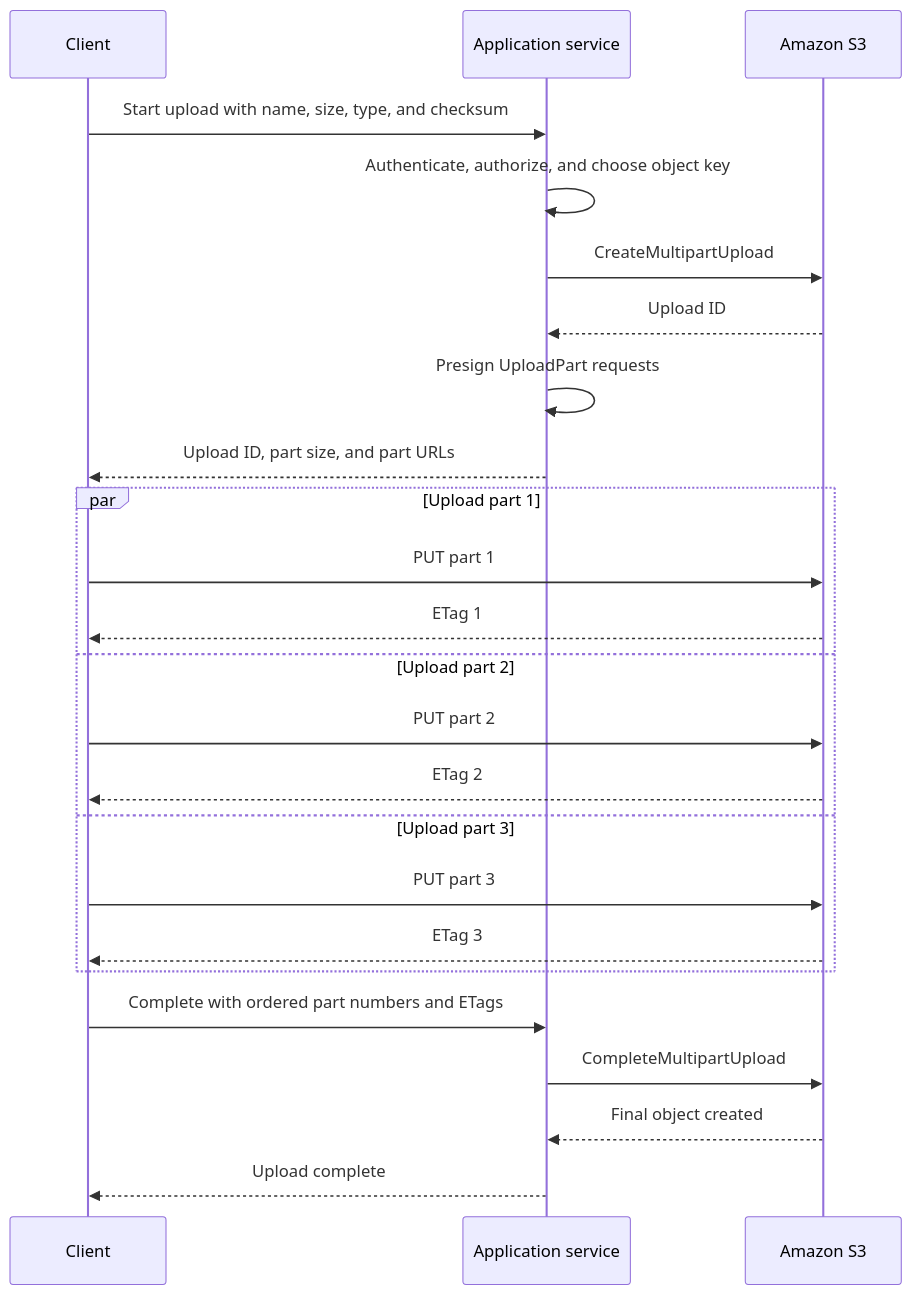
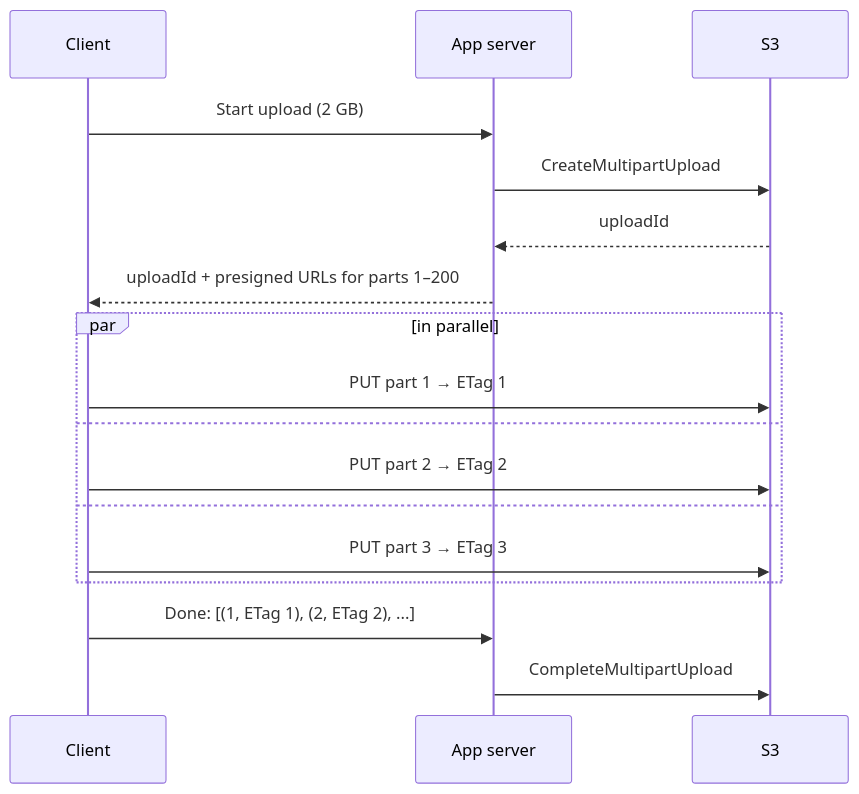
The third of 3 diagrams in s3-large-blobs.md (alanqi03/sys-design), drawn with Mermaid before and after one commit. The commit also changed other lines of this file and 6 other files, not shown here.

````diff
--- a/s3-large-blobs.md
+++ b/s3-large-blobs.md
@@ -213,27 +106,19 @@
 ```{mermaid}
 sequenceDiagram
   participant C as Client
-  participant A as Application service
-  participant S as Amazon S3
-
-  C->>A: Start upload with name, size, type, and checksum
-  A->>A: Authenticate, authorize, and choose object key
+  participant A as App server
+  participant S as S3
+  C->>A: Start upload (2 GB)
   A->>S: CreateMultipartUpload
-  S-->>A: Upload ID
-  A->>A: Presign UploadPart requests
-  A-->>C: Upload ID, part size, and part URLs
-  par Upload part 1
-    C->>S: PUT part 1
-    S-->>C: ETag 1
-  and Upload part 2
-    C->>S: PUT part 2
-    S-->>C: ETag 2
-  and Upload part 3
-    C->>S: PUT part 3
-    S-->>C: ETag 3
+  S-->>A: uploadId
+  A-->>C: uploadId + presigned URLs for parts 1–200
+  par in parallel
+    C->>S: PUT part 1 → ETag 1
+  and
+    C->>S: PUT part 2 → ETag 2
+  and
+    C->>S: PUT part 3 → ETag 3
   end
-  C->>A: Complete with ordered part numbers and ETags
+  C->>A: Done: [(1, ETag 1), (2, ETag 2), ...]
   A->>S: CompleteMultipartUpload
-  S-->>A: Final object created
-  A-->>C: Upload complete
 ```
````
